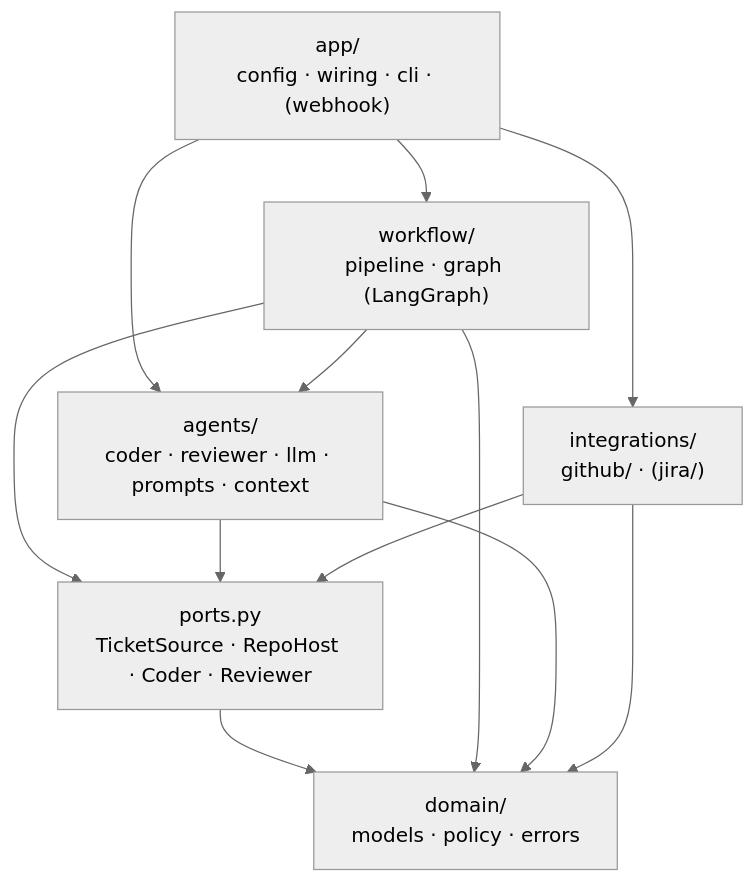
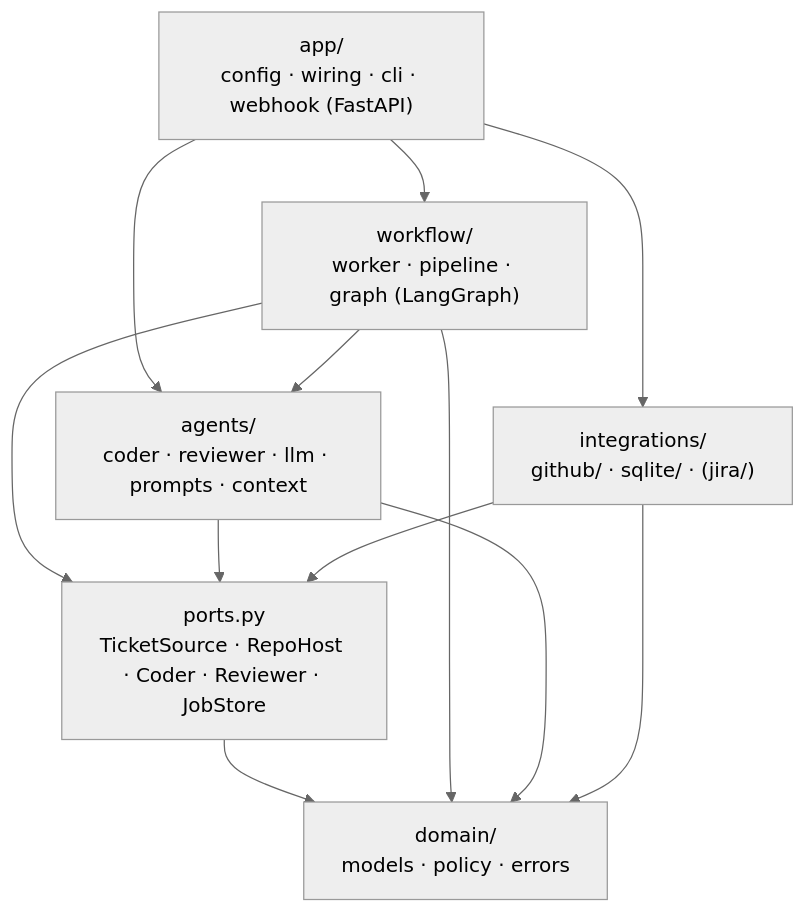
One commit to SumanthKumar1210/autonomous_coding_agent changed the first of 4 diagrams in ARCHITECTURE.md. Above: the diagram before and after it, drawn with Mermaid (neutral theme). The commit also changed other lines of this file and 38 other files, not shown here.

First line of the commit message:
Add webhook service, job queue, Docker and CI (Phase 1, increment 3)

````diff
--- a/ARCHITECTURE.md
+++ b/ARCHITECTURE.md
@@ -89,21 +98,21 @@
 ```mermaid
 flowchart TB
-    app["app/<br/>config · wiring · cli · (webhook)"]
-    workflow["workflow/<br/>pipeline · graph (LangGraph)"]
+    app["app/<br/>config · wiring · cli · webhook (FastAPI)"]
+    workflow["workflow/<br/>worker · pipeline · graph (LangGraph)"]
     agents["agents/<br/>coder · reviewer · llm · prompts · context"]
-    integrations["integrations/<br/>github/ · (jira/)"]
-    ports["ports.py<br/>TicketSource · RepoHost · Coder · Reviewer"]
+    integrations["integrations/<br/>github/ · sqlite/ · (jira/)"]
+    ports["ports.py<br/>TicketSource · RepoHost · Coder · Reviewer · JobStore"]
     domain["domain/<br/>models · policy · errors"]
 
     app --> workflow
     app --> integrations
     app --> agents
     workflow --> ports
     workflow --> agents
     agents --> ports
     integrations --> ports
     ports --> domain
     workflow --> domain
     agents --> domain
     integrations --> domain
 ```
````
